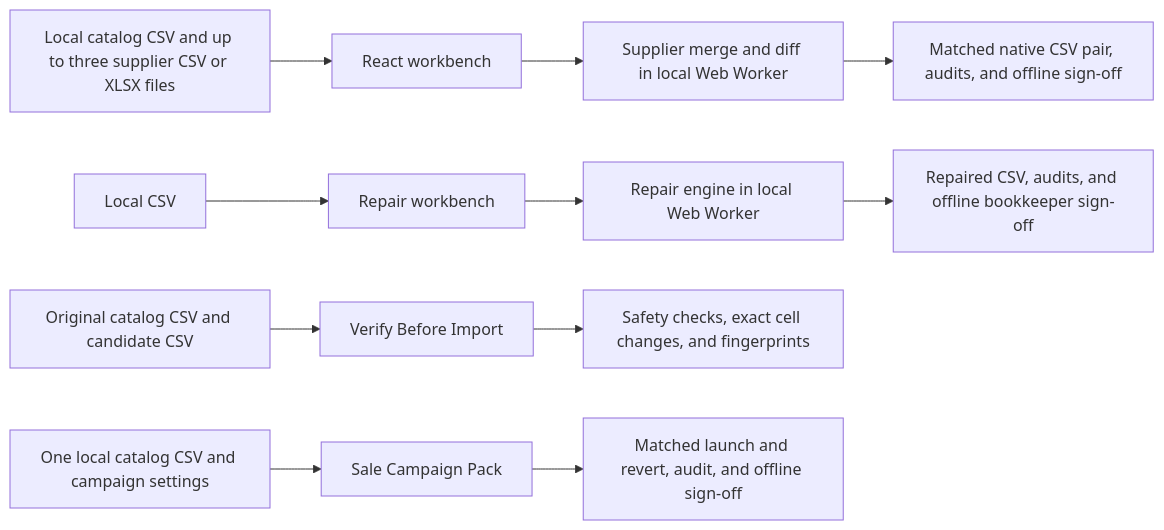
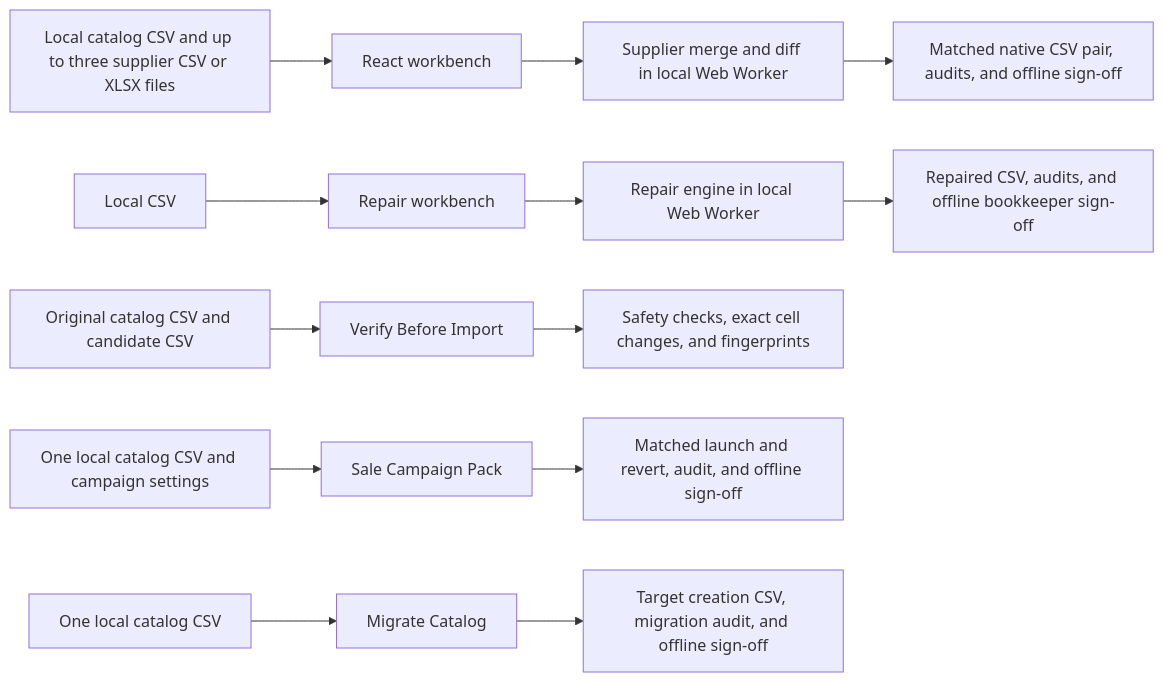
The diagram in README.md (otiapois/import-medic), drawn with Mermaid before and after one commit. The commit also changed other lines of this file and 31 other files, not shown here.

````diff
--- a/README.md
+++ b/README.md
@@ -142,13 +151,15 @@
 ```mermaid
 flowchart LR
   A[Local catalog CSV and up to three supplier CSV or XLSX files] --> B[React workbench]
   B --> C[Supplier merge and diff in local Web Worker]
   C --> D[Matched native CSV pair, audits, and offline sign-off]
   E[Local CSV] --> F[Repair workbench]
   F --> G[Repair engine in local Web Worker]
   G --> H[Repaired CSV, audits, and offline bookkeeper sign-off]
   I[Original catalog CSV and candidate CSV] --> J[Verify Before Import]
   J --> K[Safety checks, exact cell changes, and fingerprints]
   L[One local catalog CSV and campaign settings] --> M[Sale Campaign Pack]
   M --> N[Matched launch and revert, audit, and offline sign-off]
+  O[One local catalog CSV] --> P[Migrate Catalog]
+  P --> Q[Target creation CSV, migration audit, and offline sign-off]
 ```
````
